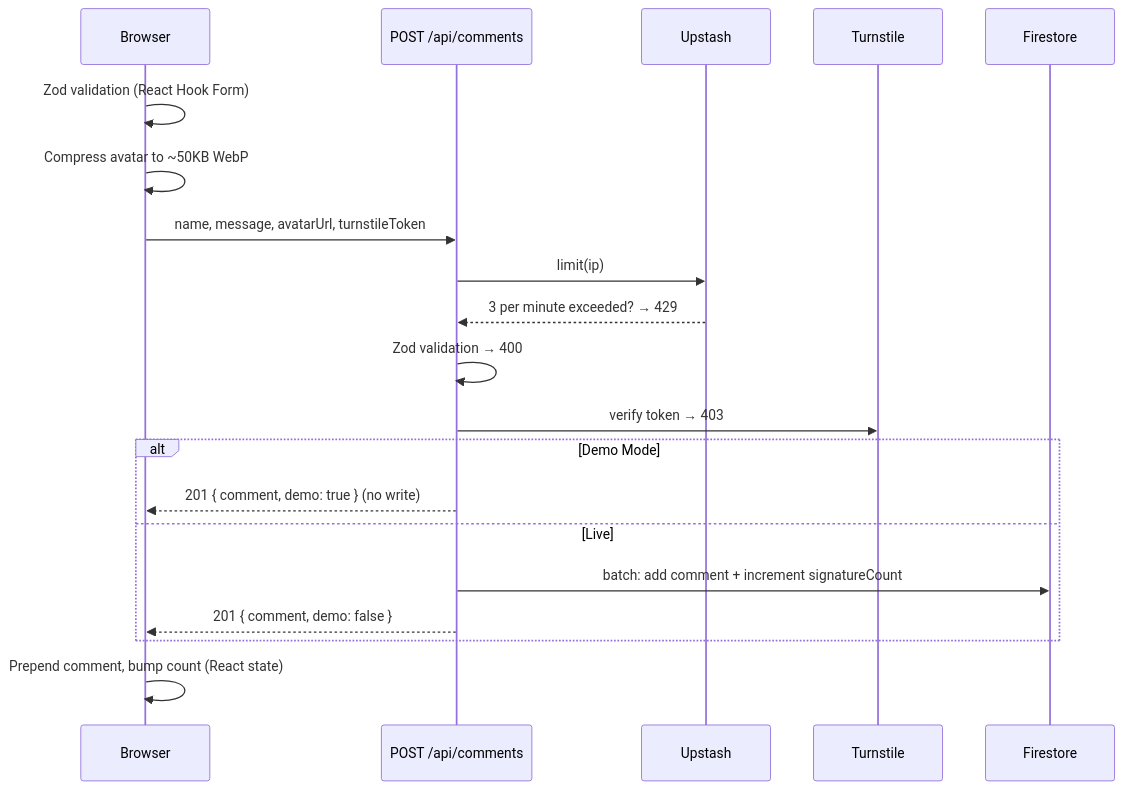
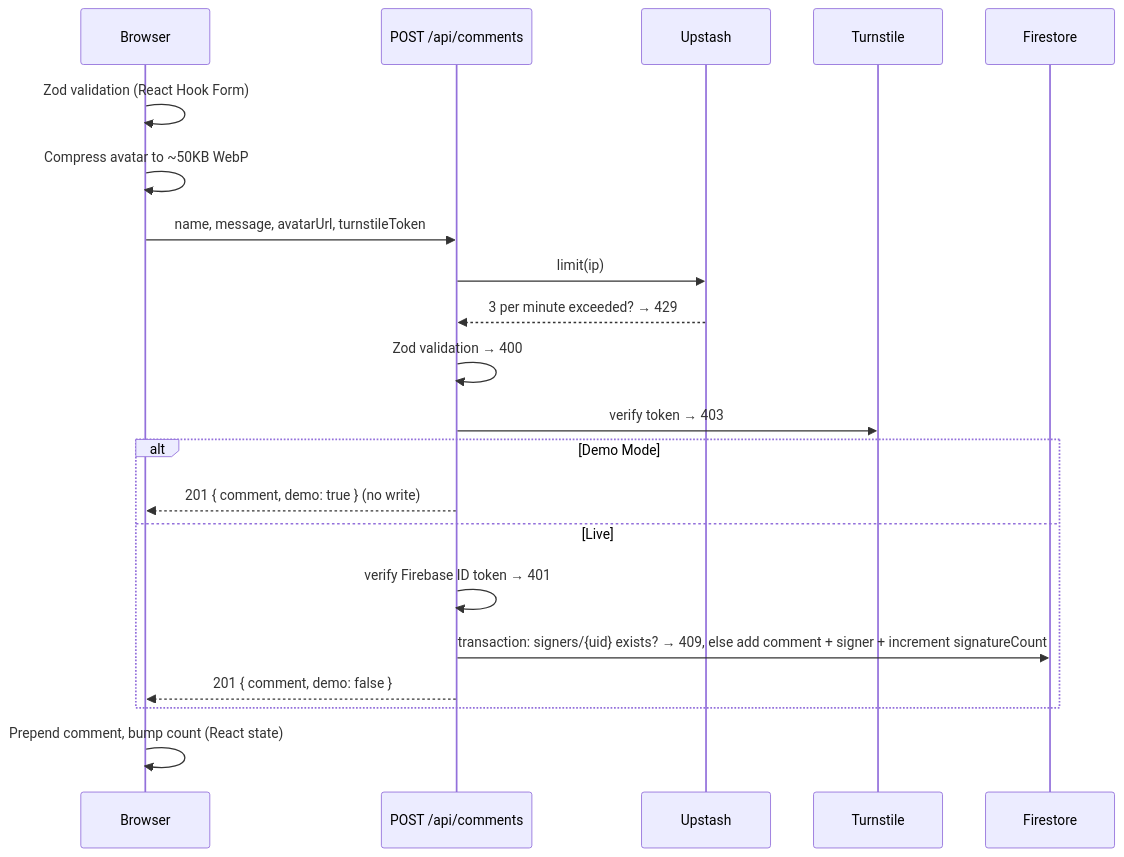
One commit to adhisubagya/nextjs-petition-platform changed the second of 2 diagrams in README.md. Above: the diagram before and after it, drawn with Mermaid. The commit also changed other lines of this file and 14 other files, not shown here.

First line of the commit message:
feat(auth): live-mode signer auth, one signature per account, avatar lockdown

````diff
--- a/README.md
+++ b/README.md
@@ -73,22 +73,23 @@
 ```mermaid
 sequenceDiagram
   participant U as Browser
   participant API as POST /api/comments
   participant RL as Upstash
   participant CF as Turnstile
   participant DB as Firestore
   U->>U: Zod validation (React Hook Form)
   U->>U: Compress avatar to ~50KB WebP
   U->>API: name, message, avatarUrl, turnstileToken
   API->>RL: limit(ip)
   RL-->>API: 3 per minute exceeded? → 429
   API->>API: Zod validation → 400
   API->>CF: verify token → 403
   alt Demo Mode
     API-->>U: 201 { comment, demo: true } (no write)
   else Live
-    API->>DB: batch: add comment + increment signatureCount
+    API->>API: verify Firebase ID token → 401
+    API->>DB: transaction: signers/{uid} exists? → 409, else add comment + signer + increment signatureCount
     API-->>U: 201 { comment, demo: false }
   end
   U->>U: Prepend comment, bump count (React state)
 ```
````
